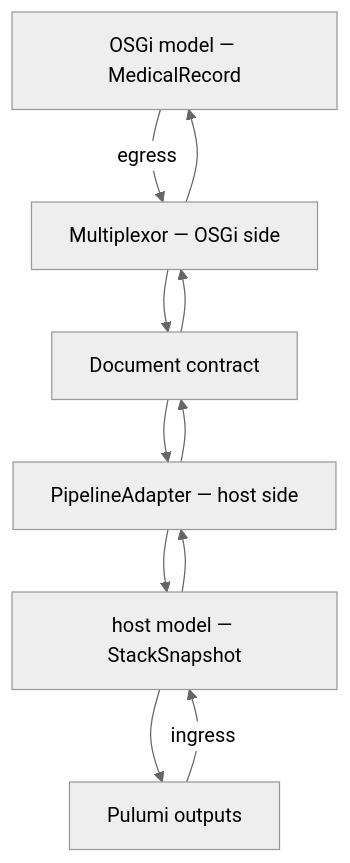
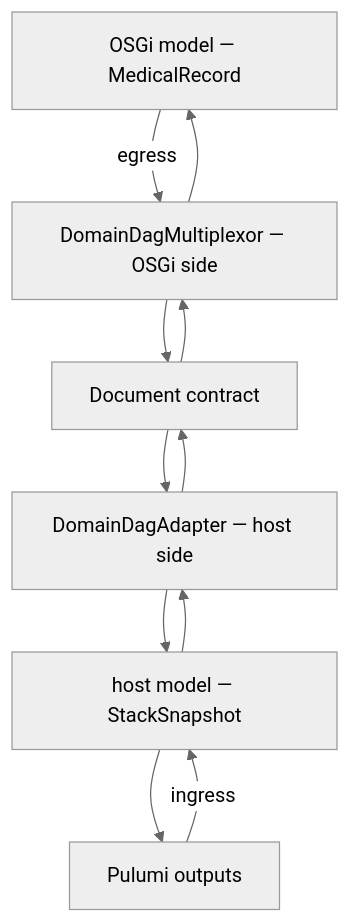
Before and after one commit to nxmatic/rke2lab: the sixth of 6 diagrams in docs/architecture/osgi/multiplexor-spec.adoc, drawn with Mermaid (neutral theme). The commit also changed other lines of this file and 4 other files, not shown here.

First line of the commit message:
docs(multiplexor): rename to the DomainDag family for crystal-clear roles

```diff
--- a/docs/architecture/osgi/multiplexor-spec.adoc
+++ b/docs/architecture/osgi/multiplexor-spec.adoc
@@ -272,20 +272,20 @@
 [mermaid]
 ....
 flowchart TB
   a["OSGi model — MedicalRecord"]
-  b["Multiplexor — OSGi side"]
+  b["DomainDagMultiplexor — OSGi side"]
   c["Document contract"]
-  d["PipelineAdapter — host side"]
+  d["DomainDagAdapter — host side"]
   e["host model — StackSnapshot"]
   f["Pulumi outputs"]
   a -->|egress| b
   b --> c
   c --> d
   d --> e
   e --> f
   f -->|ingress| e
   e --> d
   d --> c
   c --> b
   b --> a
 ....
```
